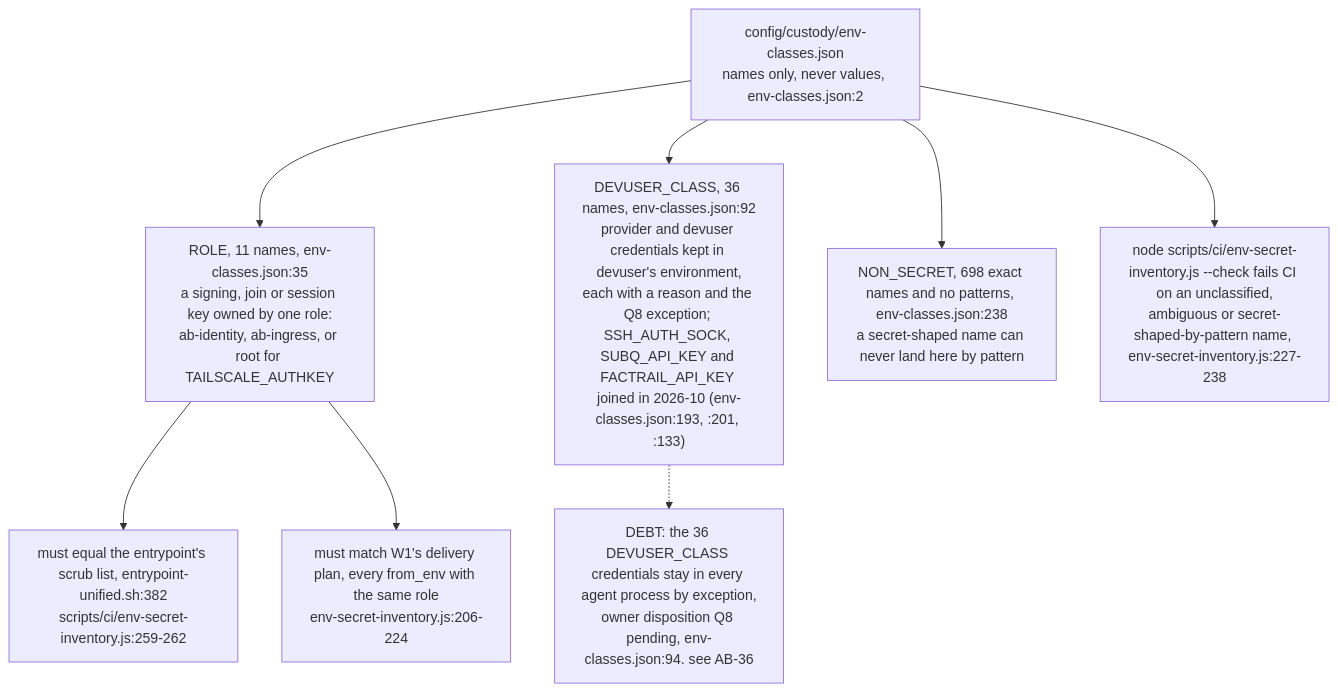
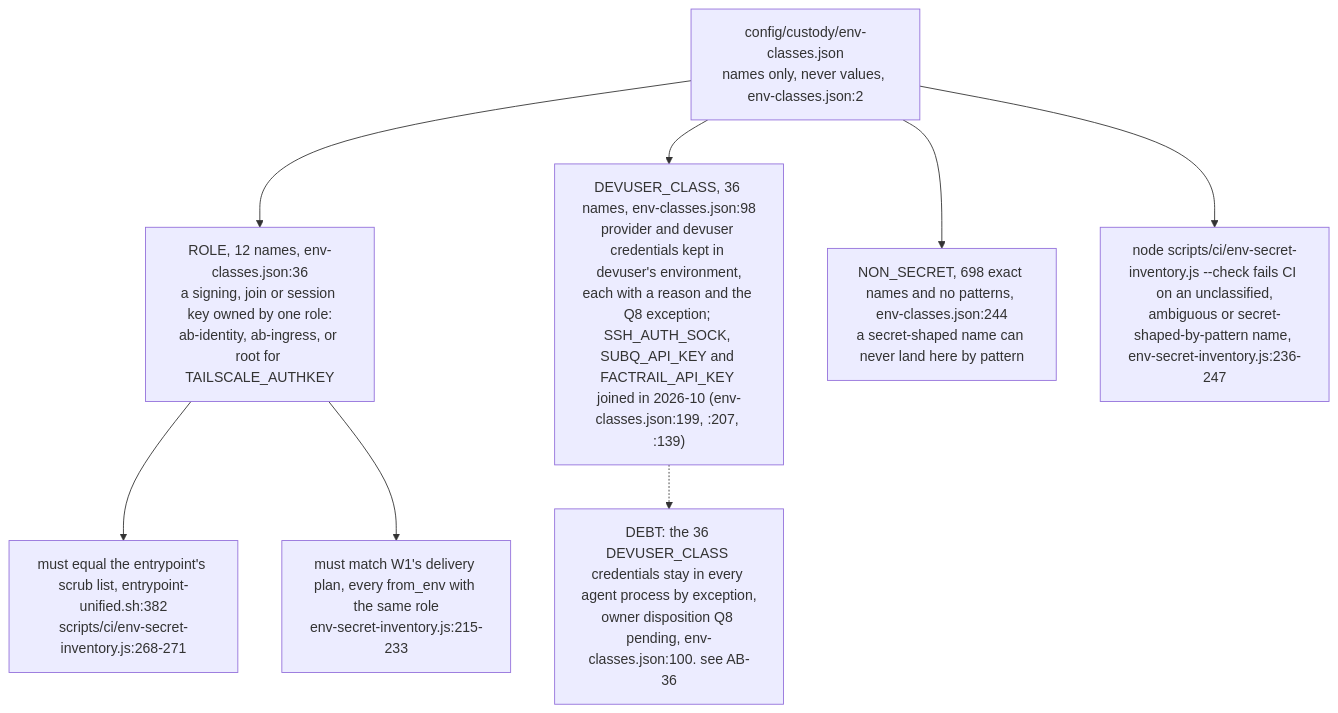
One commit to DreamLab-AI/VisionFlow changed diagram 14 of 14 in docs/diagrams/agentbox/16-secrets-custody-seccomp-profiles.md. Above: the diagram before and after it, drawn with Mermaid. The commit also changed other lines of this file and 36 other files, not shown here.

First line of the commit message:
docs(diagrams): re-derive and re-stamp agentbox, dream-engine, visioncraft, visiontouch and vowl topics; drop LAN addresses

````diff
--- a/docs/diagrams/agentbox/16-secrets-custody-seccomp-profiles.md
+++ b/docs/diagrams/agentbox/16-secrets-custody-seccomp-profiles.md
@@ -514,11 +525,11 @@
 ```mermaid
 flowchart TB
     T["config/custody/env-classes.json<br/>names only, never values, env-classes.json:2"]
-    T --> ROLE["ROLE, 11 names, env-classes.json:35<br/>a signing, join or session key owned by one role:<br/>ab-identity, ab-ingress, or root for TAILSCALE_AUTHKEY"]
-    T --> DEV["DEVUSER_CLASS, 36 names, env-classes.json:92<br/>provider and devuser credentials kept in devuser's environment,<br/>each with a reason and the Q8 exception; SSH_AUTH_SOCK, SUBQ_API_KEY and FACTRAIL_API_KEY joined in 2026-10 (env-classes.json:193, :201, :133)"]
-    T --> NS["NON_SECRET, 698 exact names and no patterns, env-classes.json:238<br/>a secret-shaped name can never land here by pattern"]
-    ROLE --> EP["must equal the entrypoint's scrub list, entrypoint-unified.sh:382<br/>scripts/ci/env-secret-inventory.js:259-262"]
-    ROLE --> W1["must match W1's delivery plan, every from_env with the same role<br/>env-secret-inventory.js:206-224"]
-    T --> CHK["node scripts/ci/env-secret-inventory.js --check fails CI on an unclassified,<br/>ambiguous or secret-shaped-by-pattern name, env-secret-inventory.js:227-238"]
-    DEV -.-> DEBT["DEBT: the 36 DEVUSER_CLASS credentials stay in every agent process by exception,<br/>owner disposition Q8 pending, env-classes.json:94. see AB-36"]
+    T --> ROLE["ROLE, 12 names, env-classes.json:36<br/>a signing, join or session key owned by one role:<br/>ab-identity, ab-ingress, or root for TAILSCALE_AUTHKEY"]
+    T --> DEV["DEVUSER_CLASS, 36 names, env-classes.json:98<br/>provider and devuser credentials kept in devuser's environment,<br/>each with a reason and the Q8 exception; SSH_AUTH_SOCK, SUBQ_API_KEY and FACTRAIL_API_KEY joined in 2026-10 (env-classes.json:199, :207, :139)"]
+    T --> NS["NON_SECRET, 698 exact names and no patterns, env-classes.json:244<br/>a secret-shaped name can never land here by pattern"]
+    ROLE --> EP["must equal the entrypoint's scrub list, entrypoint-unified.sh:382<br/>scripts/ci/env-secret-inventory.js:268-271"]
+    ROLE --> W1["must match W1's delivery plan, every from_env with the same role<br/>env-secret-inventory.js:215-233"]
+    T --> CHK["node scripts/ci/env-secret-inventory.js --check fails CI on an unclassified,<br/>ambiguous or secret-shaped-by-pattern name, env-secret-inventory.js:236-247"]
+    DEV -.-> DEBT["DEBT: the 36 DEVUSER_CLASS credentials stay in every agent process by exception,<br/>owner disposition Q8 pending, env-classes.json:100. see AB-36"]
 ```
````
